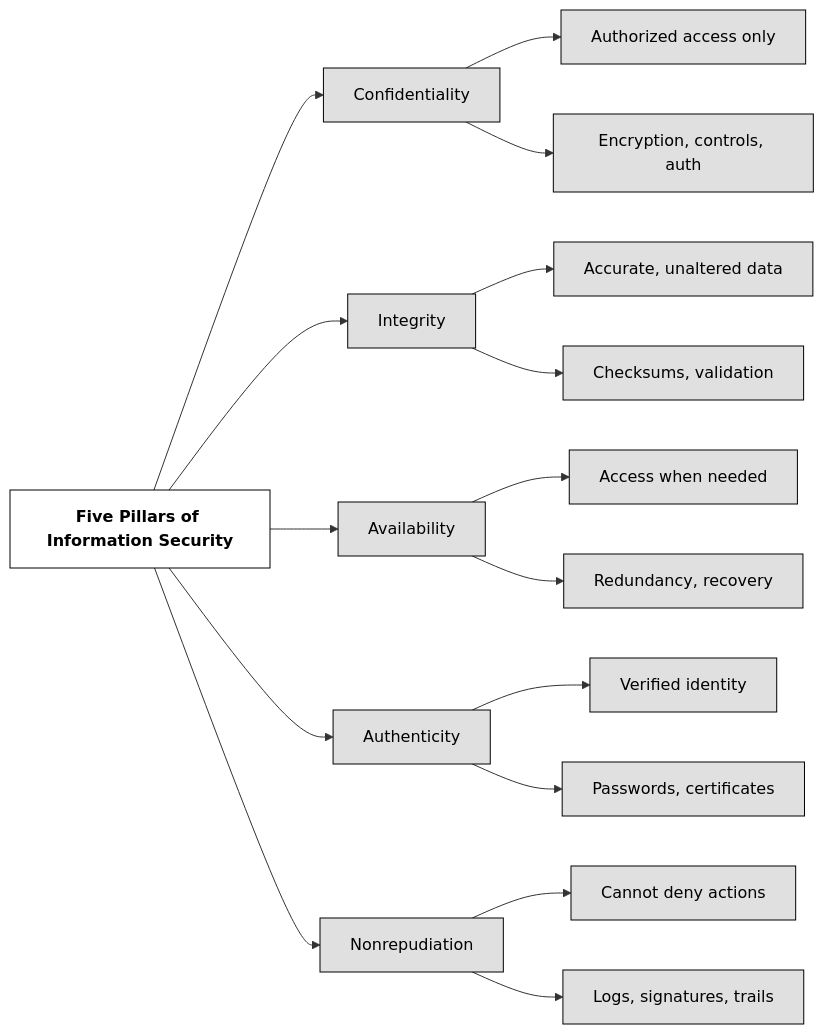
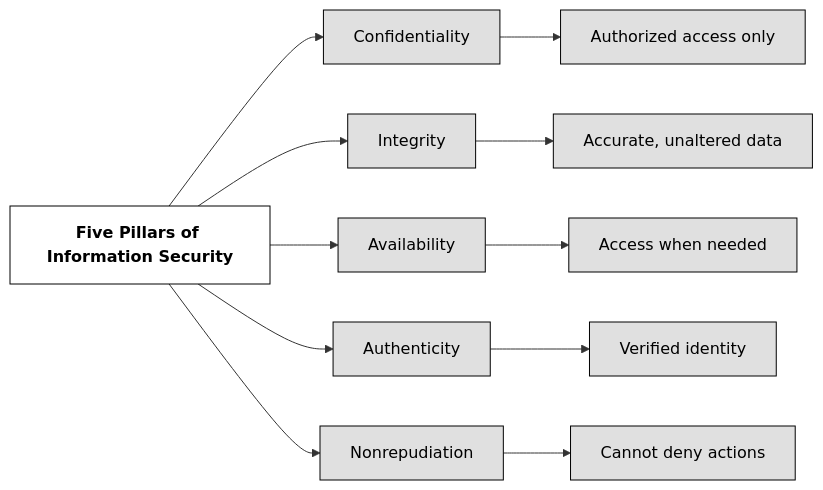
Before and after one commit to lorenzoleonelli/CISSP-Zero-to-Hero: the diagram in DOMAIN1 - Security and Risk Management/1.2 Understand and apply security concepts.md, drawn with Mermaid.

Commit message:
LL 2026-2-6:17:58:42

````diff
--- a/DOMAIN1 - Security and Risk Management/1.2 Understand and apply security concepts.md
+++ b/DOMAIN1 - Security and Risk Management/1.2 Understand and apply security concepts.md
@@ -12,31 +12,26 @@
 ```mermaid
 
 graph LR
     A[Five Pillars of Information Security]
 
     A --> C[Confidentiality]
     C --> C1[Authorized access only]
-    C --> C2[Encryption, controls, auth]
 
     A --> I[Integrity]
     I --> I1[Accurate, unaltered data]
-    I --> I2[Checksums, validation]
 
     A --> AV[Availability]
     AV --> AV1[Access when needed]
-    AV --> AV2[Redundancy, recovery]
 
     A --> AU[Authenticity]
     AU --> AU1[Verified identity]
-    AU --> AU2[Passwords, certificates]
 
     A --> N[Nonrepudiation]
     N --> N1[Cannot deny actions]
-    N --> N2[Logs, signatures, trails]
 
     classDef center fill:#ffffff,color:#000000,stroke:#000000,stroke-width:1px,font-weight:bold
     classDef node fill:#e0e0e0,color:#000000,stroke:#000000,stroke-width:1px
     
     class A center
     class C,C1,C2,I,I1,I2,AV,AV1,AV2,AU,AU1,AU2,N,N1,N2 node
 ```
````
